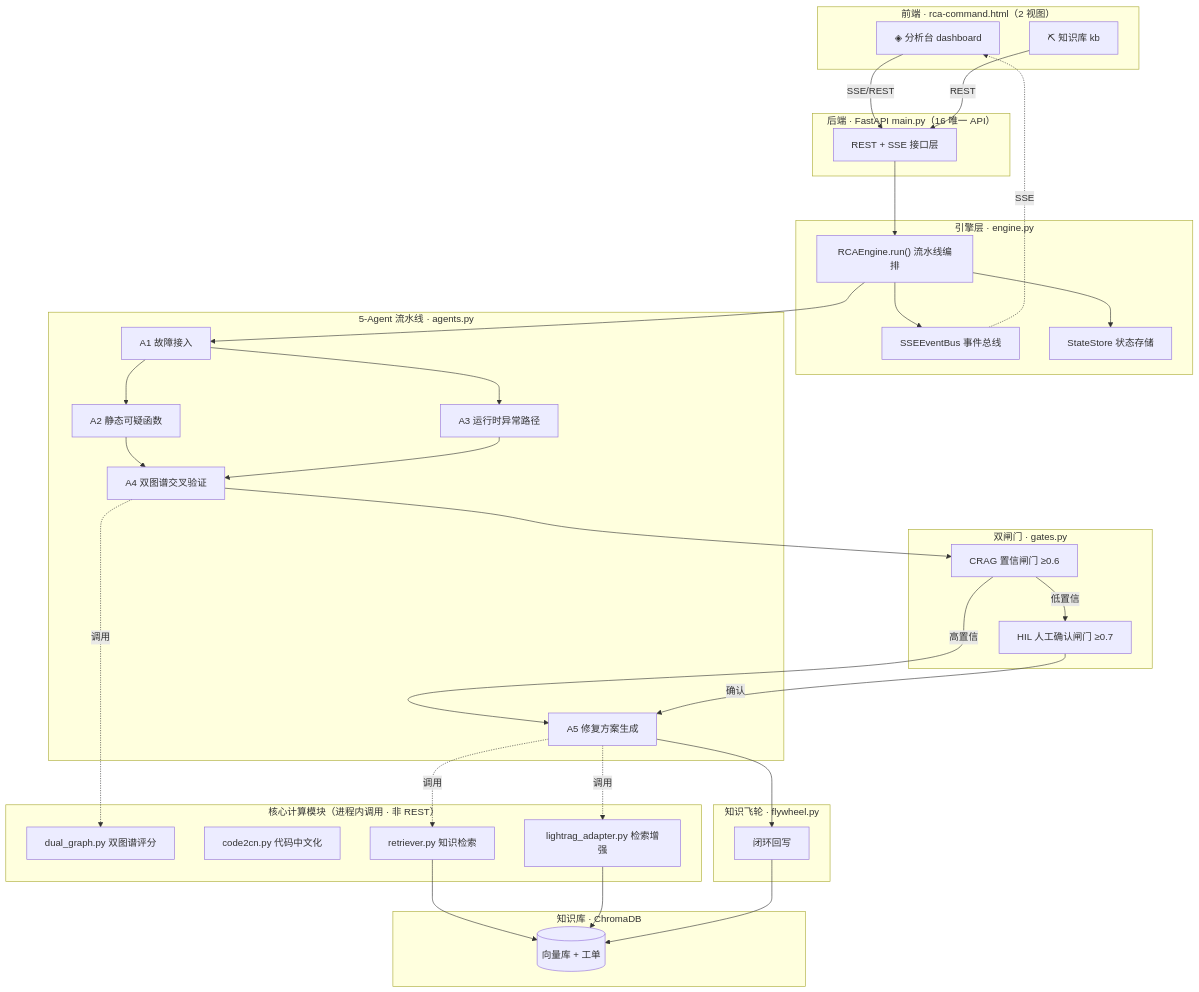
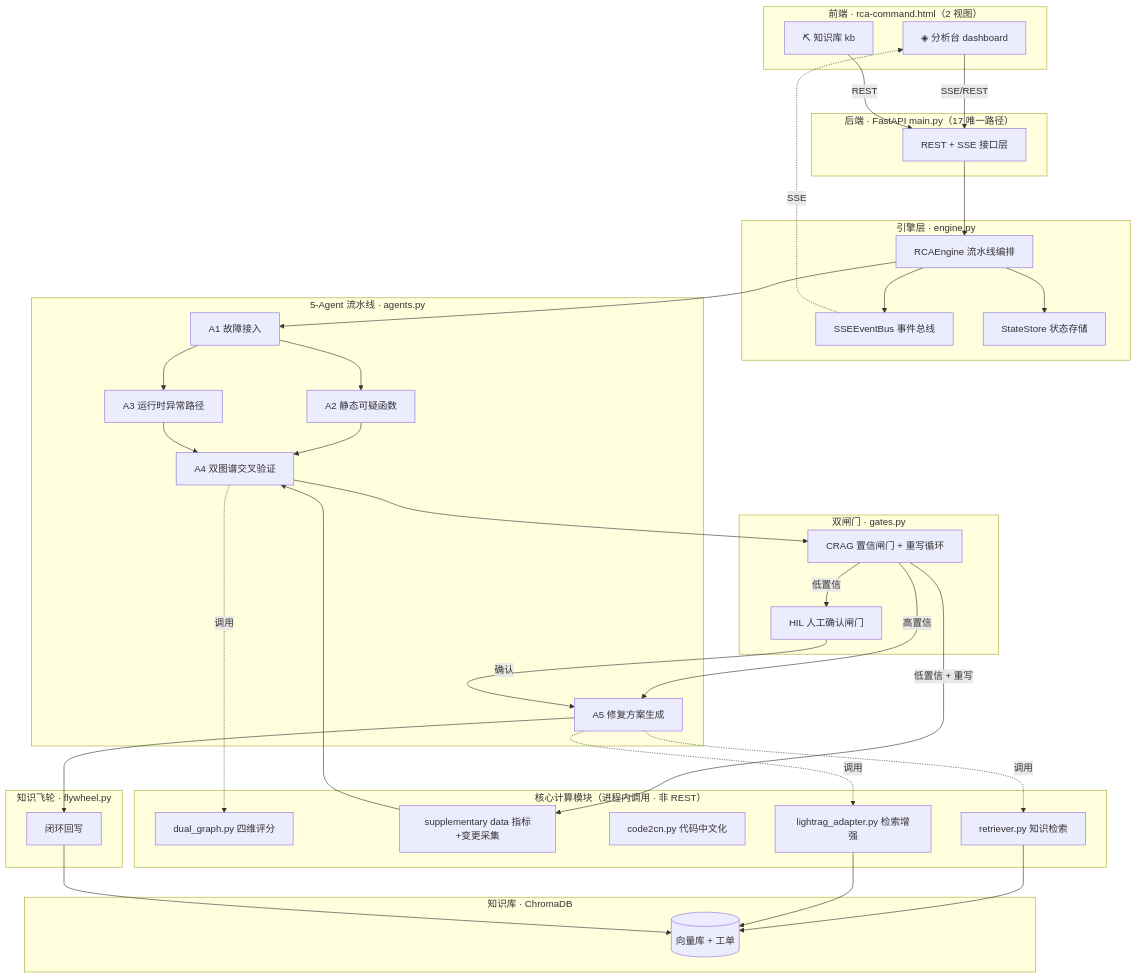
The first of 5 diagrams in ARCHITECTURE.md (bigDataZWH/AutoBugFix), drawn with Mermaid before and after one commit. The commit also changed other lines of this file, not shown here.

````diff
--- a/ARCHITECTURE.md
+++ b/ARCHITECTURE.md
@@ -24,68 +23,71 @@
 ```mermaid
 flowchart TB
     subgraph FE["前端 · rca-command.html（2 视图）"]
         UI1["◈ 分析台 dashboard"]
         UI2["⛏ 知识库 kb"]
     end
 
-    subgraph BE["后端 · FastAPI main.py（16 唯一 API）"]
+    subgraph BE["后端 · FastAPI main.py（17 唯一路径）"]
         API["REST + SSE 接口层"]
     end
 
     subgraph ENG["引擎层 · engine.py"]
         BUS["SSEEventBus 事件总线"]
         STORE["StateStore 状态存储"]
-        RUN["RCAEngine.run() 流水线编排"]
+        RUN["RCAEngine 流水线编排"]
     end
 
     subgraph PIPE["5-Agent 流水线 · agents.py"]
         A1["A1 故障接入"]
         A2["A2 静态可疑函数"]
         A3["A3 运行时异常路径"]
         A4["A4 双图谱交叉验证"]
         A5["A5 修复方案生成"]
     end
 
     subgraph GATE["双闸门 · gates.py"]
-        CRAG["CRAG 置信闸门 ≥0.6"]
-        HIL["HIL 人工确认闸门 ≥0.7"]
+        CRAG["CRAG 置信闸门 + 重写循环"]
+        HIL["HIL 人工确认闸门"]
     end
 
     subgraph CORE["核心计算模块（进程内调用 · 非 REST）"]
-        DG["dual_graph.py 双图谱评分"]
+        DG["dual_graph.py 四维评分"]
+        SUPP["supplementary data 指标+变更采集"]
         C2CN["code2cn.py 代码中文化"]
         LR["lightrag_adapter.py 检索增强"]
         RET["retriever.py 知识检索"]
     end
 
     subgraph KB["知识库 · ChromaDB"]
         DB[("向量库 + 工单")]
     end
 
     subgraph FW["知识飞轮 · flywheel.py"]
         WB["闭环回写"]
     end
 
     UI1 -->|SSE/REST| API
     UI2 -->|REST| API
     API --> RUN
     RUN --> BUS
     RUN --> STORE
     RUN --> A1
     A1 --> A2
     A1 --> A3
     A2 --> A4
     A3 --> A4
     A4 --> CRAG
+    CRAG -->|低置信 + 重写| SUPP
+    SUPP --> A4
     CRAG -->|低置信| HIL
     CRAG -->|高置信| A5
     HIL -->|确认| A5
     A4 -.调用.-> DG
     A5 -.调用.-> RET
     A5 -.调用.-> LR
     RET --> DB
     LR --> DB
     A5 --> WB
     WB --> DB
     BUS -.SSE.-> UI1
 ```
````
